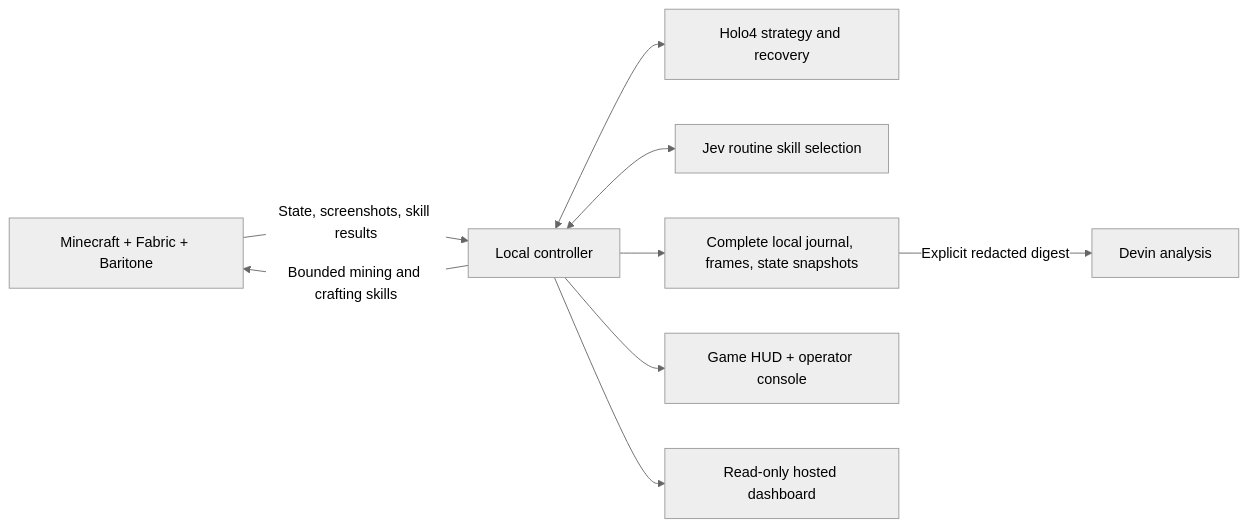
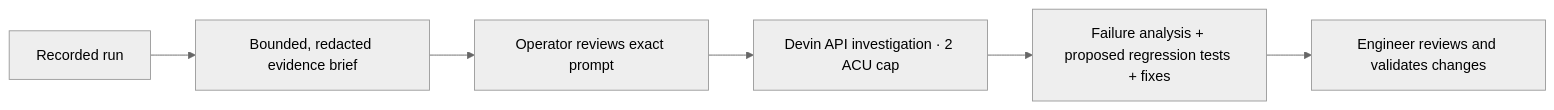
One commit to Kepard/42hackathon changed the second of 2 diagrams in README.md. Above: the diagram before and after it, drawn with Mermaid (neutral theme). The commit also changed other lines of this file and 26 other files, not shown here.

````diff
--- a/README.md
+++ b/README.md
@@ -221,11 +162,8 @@
 ```mermaid
 flowchart LR
-    MC[Minecraft + Fabric + Baritone] -->|State, screenshots, skill results| C[Local controller]
-    C -->|Bounded mining and crafting skills| MC
-    C <--> H[Holo4 strategy and recovery]
-    C <--> J[Jev routine skill selection]
-    C --> L[Complete local journal, frames, state snapshots]
-    C --> UI[Game HUD + operator console]
-    C --> P[Read-only hosted dashboard]
-    L -->|Explicit redacted digest| D[Devin analysis]
+    R[Recorded run] --> B[Bounded, redacted evidence brief]
+    B --> V[Operator reviews exact prompt]
+    V --> D[Devin API investigation · 2 ACU cap]
+    D --> F[Failure analysis + proposed regression tests + fixes]
+    F --> E[Engineer reviews and validates changes]
 ```
````
